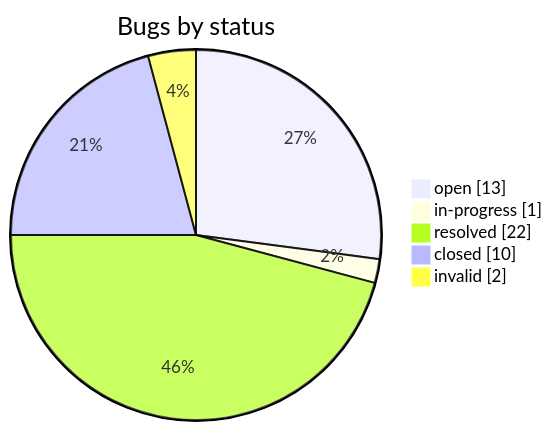
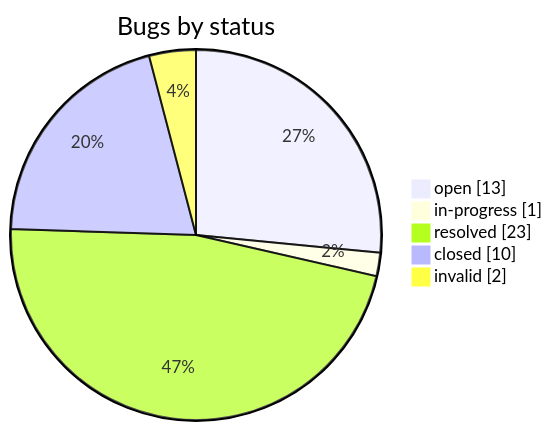
The second of 2 diagrams in STATUS.md (iammaxsu/automatic-testing-architecture), drawn with Mermaid before and after one commit. The commit also changed other lines of this file and 5 other files, not shown here.

````diff
--- a/STATUS.md
+++ b/STATUS.md
@@ -165,8 +165,8 @@
 ```mermaid
 pie showData title Bugs by status
     "open" : 13
     "in-progress" : 1
-    "resolved" : 22
+    "resolved" : 23
     "closed" : 10
     "invalid" : 2
 ```
````
